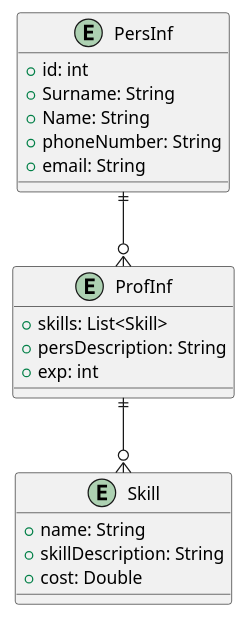
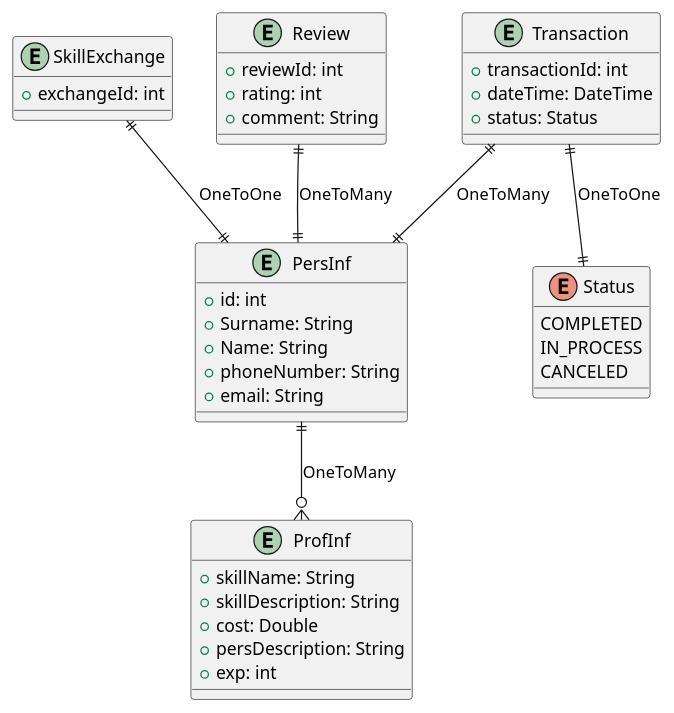
Before and after one commit to Xastt/SkillSwapArchitecture: the diagram in src/main/uml/ErDiagram.puml, drawn with PlantUML. The commit also changed other lines of this file and 2 other files, not shown here.

Commit message:
Change er and class diagram

```diff
--- a/src/main/uml/ErDiagram.puml
+++ b/src/main/uml/ErDiagram.puml
@@ -1,26 +1,47 @@
 @startuml
 
-entity "PersInf" {
+entity PersInf {
     +id: int
     +Surname: String
     +Name: String
     +phoneNumber: String
     +email: String
 }
 
-entity "ProfInf" {
-    +skills: List<Skill>
+entity ProfInf {
+    +skillName: String
+    +skillDescription: String
+    +cost: Double
     +persDescription: String
     +exp: int
 }
 
-entity "Skill" {
-    +name: String
-    +skillDescription: String
-    +cost: Double
+entity SkillExchange {
+    +exchangeId: int
 }
 
-PersInf ||--o{ ProfInf
-ProfInf ||--o{ Skill
+entity Review {
+    +reviewId: int
+    +rating: int
+    +comment: String
+}
+
+entity Transaction {
+    +transactionId: int
+    +dateTime: DateTime
+    +status: Status
+}
+
+enum Status {
+    COMPLETED
+    IN_PROCESS
+    CANCELED
+}
+
+PersInf ||--o{ ProfInf : "OneToMany"
+SkillExchange ||--|| PersInf : "OneToOne"
+Review ||--|| PersInf : "OneToMany"
+Transaction ||--|| PersInf : "OneToMany"
+Transaction ||--|| Status : "OneToOne"
 
 @enduml
```
